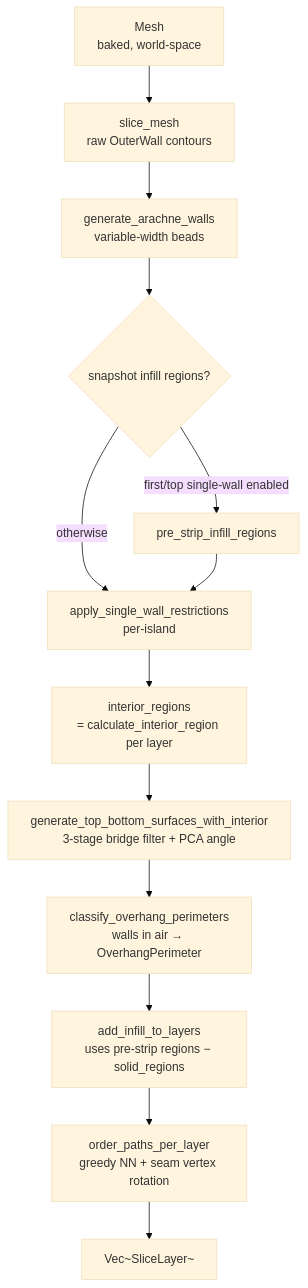
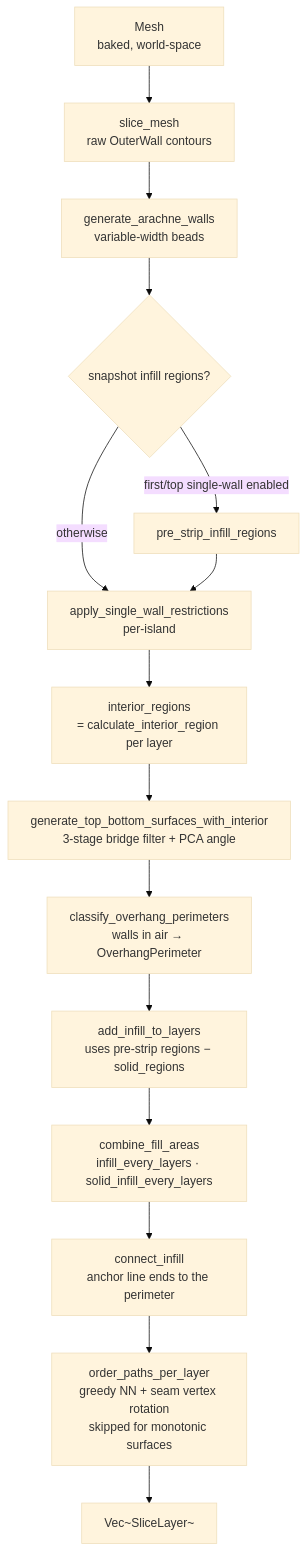
The second of 3 diagrams in src/core/README.md (ColdCrabby/slicer), drawn with Mermaid (base theme) before and after one commit. The commit also changed other lines of this file and 38 other files, not shown here.

````diff
--- a/src/core/README.md
+++ b/src/core/README.md
@@ -102,15 +102,17 @@
 ```mermaid
 flowchart TD
     M[Mesh<br/>baked, world-space] --> S1[slice_mesh<br/>raw OuterWall contours]
     S1 --> S2[generate_arachne_walls<br/>variable-width beads]
     S2 --> S3{snapshot infill regions?}
     S3 -->|first/top single-wall enabled| SN[pre_strip_infill_regions]
     S3 -->|otherwise| W
     SN --> W[apply_single_wall_restrictions<br/>per-island]
     W --> I[interior_regions<br/>= calculate_interior_region per layer]
     I --> SF[generate_top_bottom_surfaces_with_interior<br/>3-stage bridge filter + PCA angle]
     SF --> OV[classify_overhang_perimeters<br/>walls in air → OverhangPerimeter]
     OV --> IN[add_infill_to_layers<br/>uses pre-strip regions − solid_regions]
-    IN --> ORD[order_paths_per_layer<br/>greedy NN + seam vertex rotation]
+    IN --> CB[combine_fill_areas<br/>infill_every_layers · solid_infill_every_layers]
+    CB --> AN[connect_infill<br/>anchor line ends to the perimeter]
+    AN --> ORD[order_paths_per_layer<br/>greedy NN + seam vertex rotation<br/>skipped for monotonic surfaces]
     ORD --> L[Vec~SliceLayer~]
 ```
````
